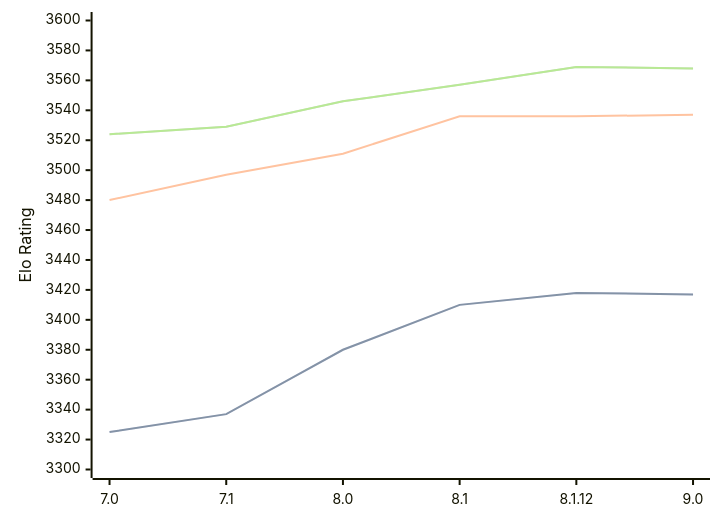
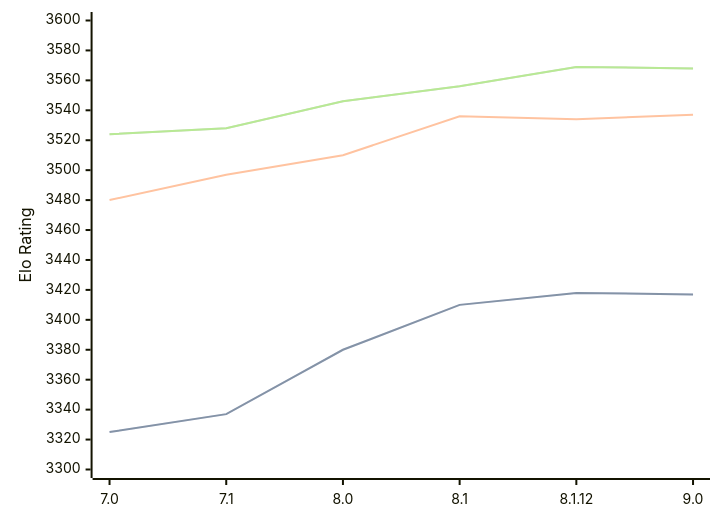
Before and after one commit to computer-chess-index/cci: the diagram in engines/Alexandria.md, drawn with Mermaid. The commit also changed other lines of this file, not shown here.

Commit message:
Update CCI Ratings (ELO VLTC) - 2026-08-02

````diff
--- a/engines/Alexandria.md
+++ b/engines/Alexandria.md
@@ -55,11 +55,11 @@
 ```mermaid
 %%{init: {"theme":"base","themeVariables":{"seriesColors:['#a3a3a3','#222221','#faa371']}}}%%
 xychart-beta
   x-axis ["7.0", "7.1", "8.0", "8.1", "8.1.12", "9.0"]
   y-axis "Elo Rating" 3300 --> 3600
   line "STC (8.0+0.08s)" [3325, 3337, 3380, 3410, 3418, 3417]
   line "STC (8.0+0.08s)" [3325, 3337, 3380, 3410, 3418, 3417]
-  line "LTC (60.0+0.60s)" [3480, 3497, 3511, 3536, 3536, 3537]
-  line "VLTC (2m24s+1.12s)" [3524, 3529, 3546, 3557, 3569, 3568]
-  line "VLTC (2m24s+1.12s)" [3524, 3529, 3546, 3557, 3569, 3568]
+  line "LTC (60.0+0.60s)" [3480, 3497, 3510, 3536, 3534, 3537]
+  line "VLTC (2m24s+1.12s)" [3524, 3528, 3546, 3556, 3569, 3568]
+  line "VLTC (2m24s+1.12s)" [3524, 3528, 3546, 3556, 3569, 3568]
 ```
````
